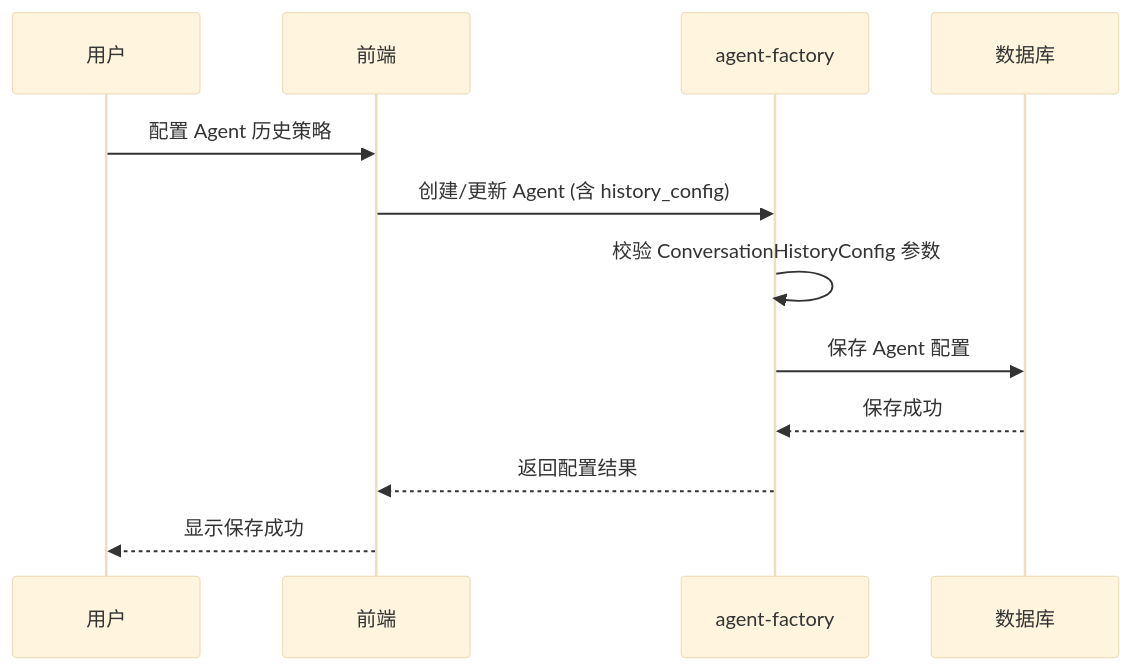
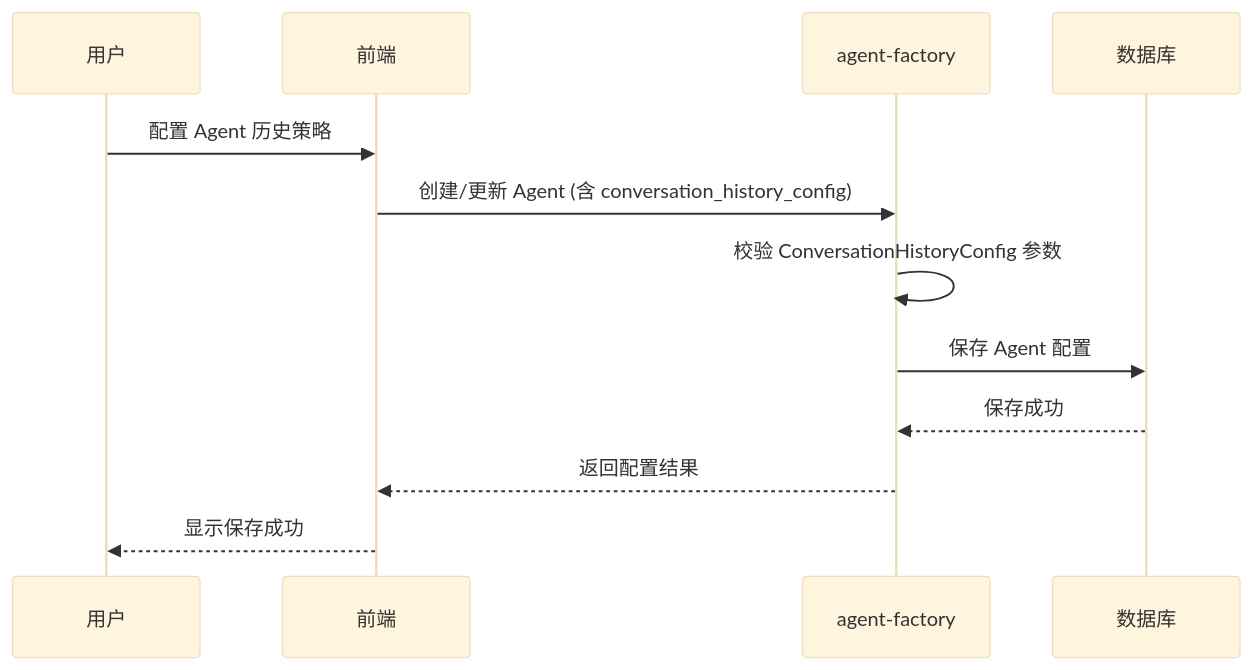
One commit to kweaver-ai/decision-agent changed the first of 3 diagrams in agent-backend/agent-factory/docs/feature/02-history-config/HistoryConfig历史对话策略配置设计文档.md. Above: the diagram before and after it, drawn with Mermaid (base theme). The commit also changed other lines of this file and 2 other files, not shown here.

````diff
--- a/agent-backend/agent-factory/docs/feature/02-history-config/HistoryConfig历史对话策略配置设计文档.md
+++ b/agent-backend/agent-factory/docs/feature/02-history-config/HistoryConfig历史对话策略配置设计文档.md
@@ -110,15 +114,15 @@
 ```mermaid
 sequenceDiagram
     participant User as 用户
     participant Frontend as 前端
     participant Factory as agent-factory
     participant DB as 数据库
 
     User->>Frontend: 配置 Agent 历史策略
-    Frontend->>Factory: 创建/更新 Agent (含 history_config)
+    Frontend->>Factory: 创建/更新 Agent (含 conversation_history_config)
     Factory->>Factory: 校验 ConversationHistoryConfig 参数
     Factory->>DB: 保存 Agent 配置
     DB-->>Factory: 保存成功
     Factory-->>Frontend: 返回配置结果
     Frontend-->>User: 显示保存成功
 ```
````
